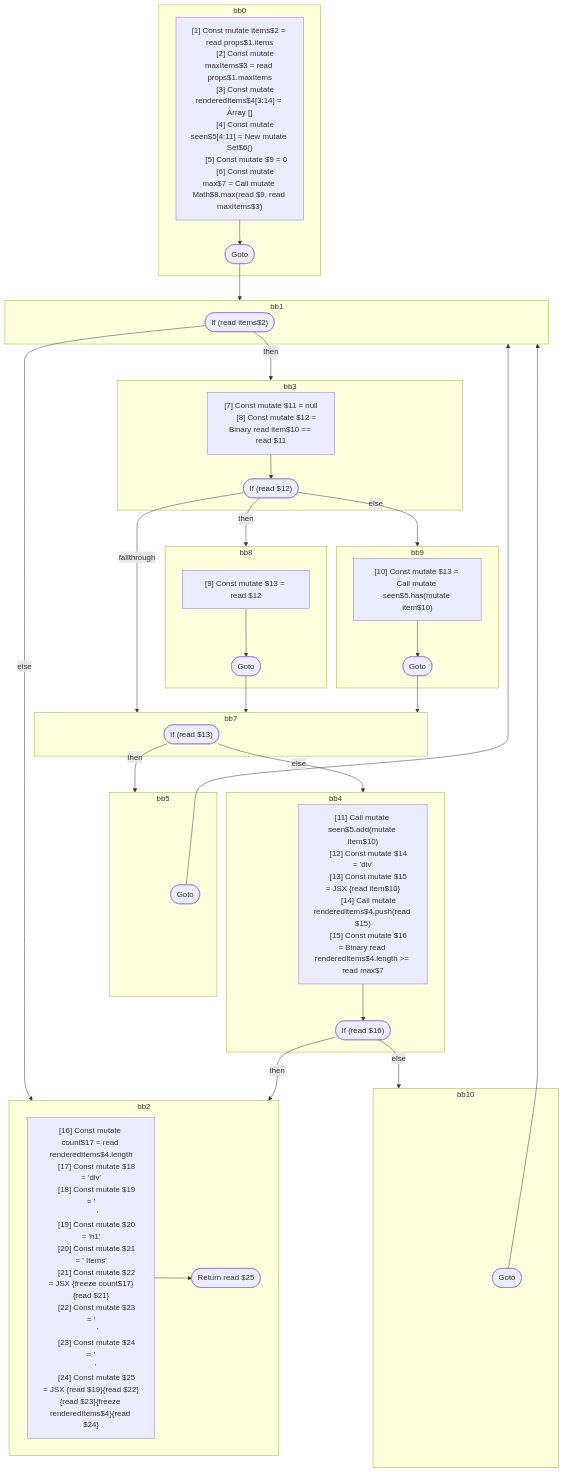
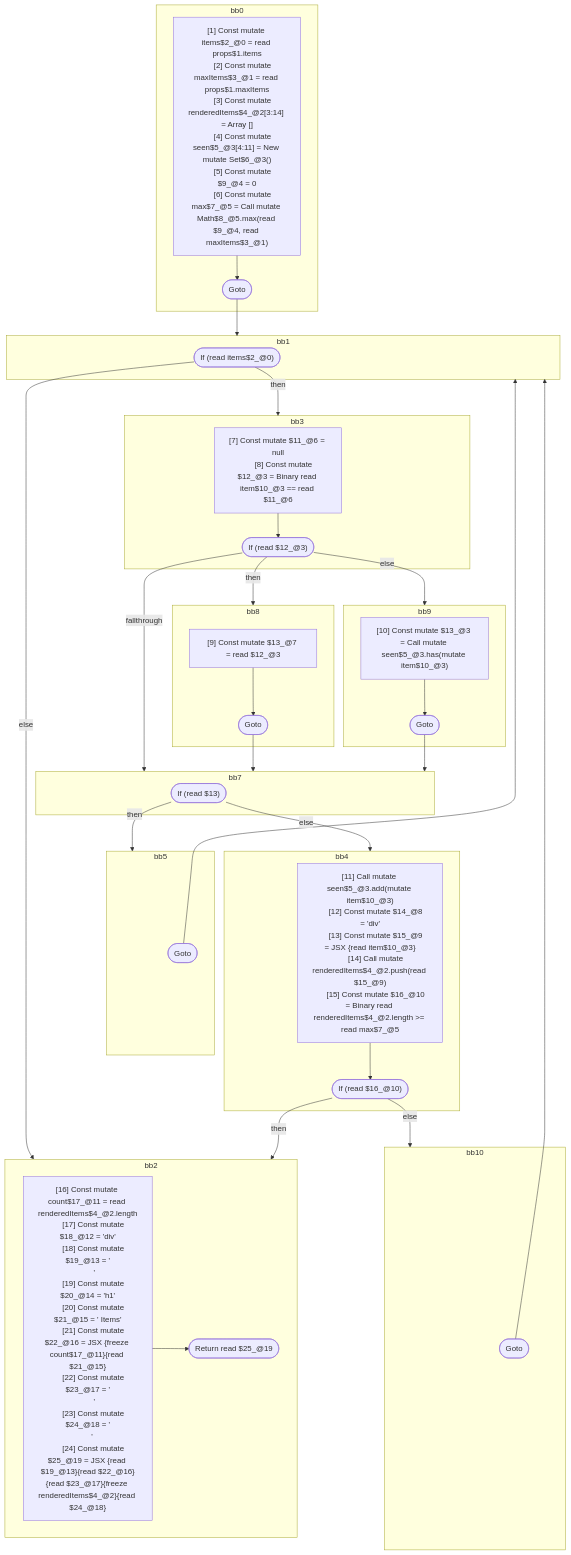
Before and after one commit to wutsmog/private: the diagram in compiler/forget/src/__tests__/fixtures/hir/component.expect.md, drawn with Mermaid. The commit also changed other lines of this file and 60 other files, not shown here.

```diff
--- a/compiler/forget/src/__tests__/fixtures/hir/component.expect.md
+++ b/compiler/forget/src/__tests__/fixtures/hir/component.expect.md
@@ -96,34 +96,34 @@
   %% Basic Blocks
   subgraph bb0
     bb0_instrs["
-      [1] Const mutate items$2 = read props$1.items
-      [2] Const mutate maxItems$3 = read props$1.maxItems
-      [3] Const mutate renderedItems$4[3:14] = Array []
-      [4] Const mutate seen$5[4:11] = New mutate Set$6()
-      [5] Const mutate $9 = 0
-      [6] Const mutate max$7 = Call mutate Math$8.max(read $9, read maxItems$3)
+      [1] Const mutate items$2_@0 = read props$1.items
+      [2] Const mutate maxItems$3_@1 = read props$1.maxItems
+      [3] Const mutate renderedItems$4_@2[3:14] = Array []
+      [4] Const mutate seen$5_@3[4:11] = New mutate Set$6_@3()
+      [5] Const mutate $9_@4 = 0
+      [6] Const mutate max$7_@5 = Call mutate Math$8_@5.max(read $9_@4, read maxItems$3_@1)
     "]
     bb0_instrs --> bb0_terminal(["Goto"])
   end
   subgraph bb1
-    bb1_terminal(["If (read items$2)"])
+    bb1_terminal(["If (read items$2_@0)"])
   end
   subgraph bb3
     bb3_instrs["
-      [7] Const mutate $11 = null
-      [8] Const mutate $12 = Binary read item$10 == read $11
+      [7] Const mutate $11_@6 = null
+      [8] Const mutate $12_@3 = Binary read item$10_@3 == read $11_@6
     "]
-    bb3_instrs --> bb3_terminal(["If (read $12)"])
+    bb3_instrs --> bb3_terminal(["If (read $12_@3)"])
   end
   subgraph bb8
     bb8_instrs["
-      [9] Const mutate $13 = read $12
+      [9] Const mutate $13_@7 = read $12_@3
     "]
     bb8_instrs --> bb8_terminal(["Goto"])
   end
   subgraph bb9
     bb9_instrs["
-      [10] Const mutate $13 = Call mutate seen$5.has(mutate item$10)
+      [10] Const mutate $13_@3 = Call mutate seen$5_@3.has(mutate item$10_@3)
     "]
     bb9_instrs --> bb9_terminal(["Goto"])
   end
@@ -135,30 +135,30 @@
   end
   subgraph bb4
     bb4_instrs["
-      [11] Call mutate seen$5.add(mutate item$10)
-      [12] Const mutate $14 = 'div'
-      [13] Const mutate $15 = JSX <read $14>{read item$10}</read $14>
-      [14] Call mutate renderedItems$4.push(read $15)
-      [15] Const mutate $16 = Binary read renderedItems$4.length >= read max$7
+      [11] Call mutate seen$5_@3.add(mutate item$10_@3)
+      [12] Const mutate $14_@8 = 'div'
+      [13] Const mutate $15_@9 = JSX <read $14_@8>{read item$10_@3}</read $14_@8>
+      [14] Call mutate renderedItems$4_@2.push(read $15_@9)
+      [15] Const mutate $16_@10 = Binary read renderedItems$4_@2.length >= read max$7_@5
     "]
-    bb4_instrs --> bb4_terminal(["If (read $16)"])
+    bb4_instrs --> bb4_terminal(["If (read $16_@10)"])
   end
   subgraph bb10
     bb10_terminal(["Goto"])
   end
   subgraph bb2
     bb2_instrs["
-      [16] Const mutate count$17 = read renderedItems$4.length
-      [17] Const mutate $18 = 'div'
-      [18] Const mutate $19 = '\n      '
-      [19] Const mutate $20 = 'h1'
-      [20] Const mutate $21 = ' Items'
-      [21] Const mutate $22 = JSX <read $20>{freeze count$17}{read $21}</read $20>
-      [22] Const mutate $23 = '\n      '
-      [23] Const mutate $24 = '\n    '
-      [24] Const mutate $25 = JSX <read $18>{read $19}{read $22}{read $23}{freeze renderedItems$4}{read $24}</read $18>
+      [16] Const mutate count$17_@11 = read renderedItems$4_@2.length
+      [17] Const mutate $18_@12 = 'div'
+      [18] Const mutate $19_@13 = '\n      '
+      [19] Const mutate $20_@14 = 'h1'
+      [20] Const mutate $21_@15 = ' Items'
+      [21] Const mutate $22_@16 = JSX <read $20_@14>{freeze count$17_@11}{read $21_@15}</read $20_@14>
+      [22] Const mutate $23_@17 = '\n      '
+      [23] Const mutate $24_@18 = '\n    '
+      [24] Const mutate $25_@19 = JSX <read $18_@12>{read $19_@13}{read $22_@16}{read $23_@17}{freeze renderedItems$4_@2}{read $24_@18}</read $18_@12>
     "]
-    bb2_instrs --> bb2_terminal(["Return read $25"])
+    bb2_instrs --> bb2_terminal(["Return read $25_@19"])
   end
 
   %% Jumps
```
